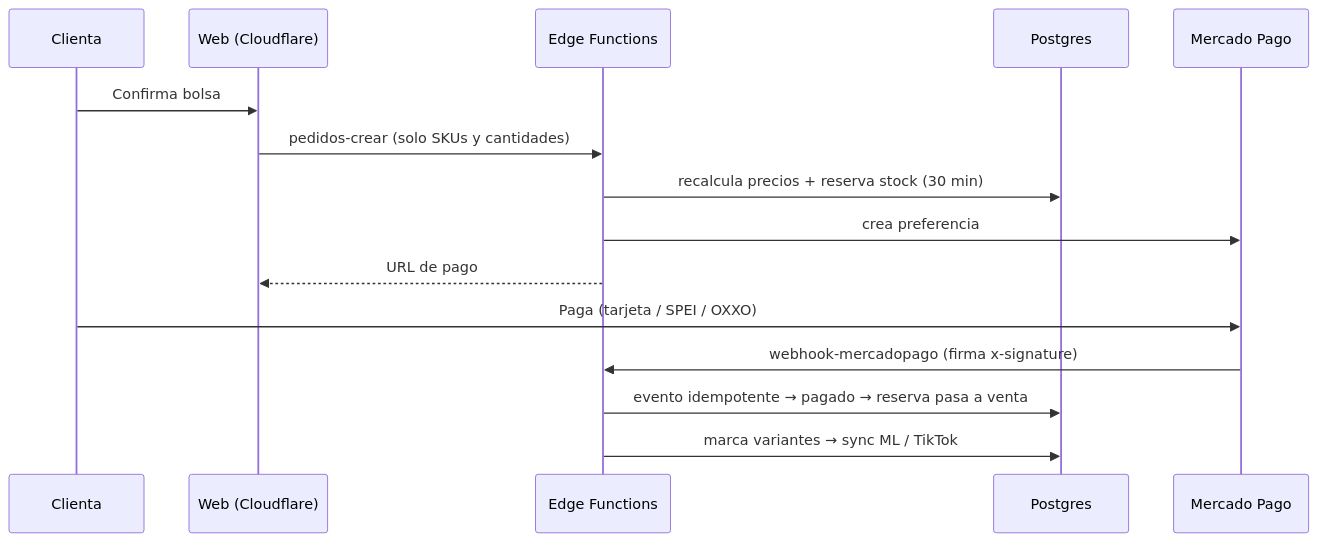
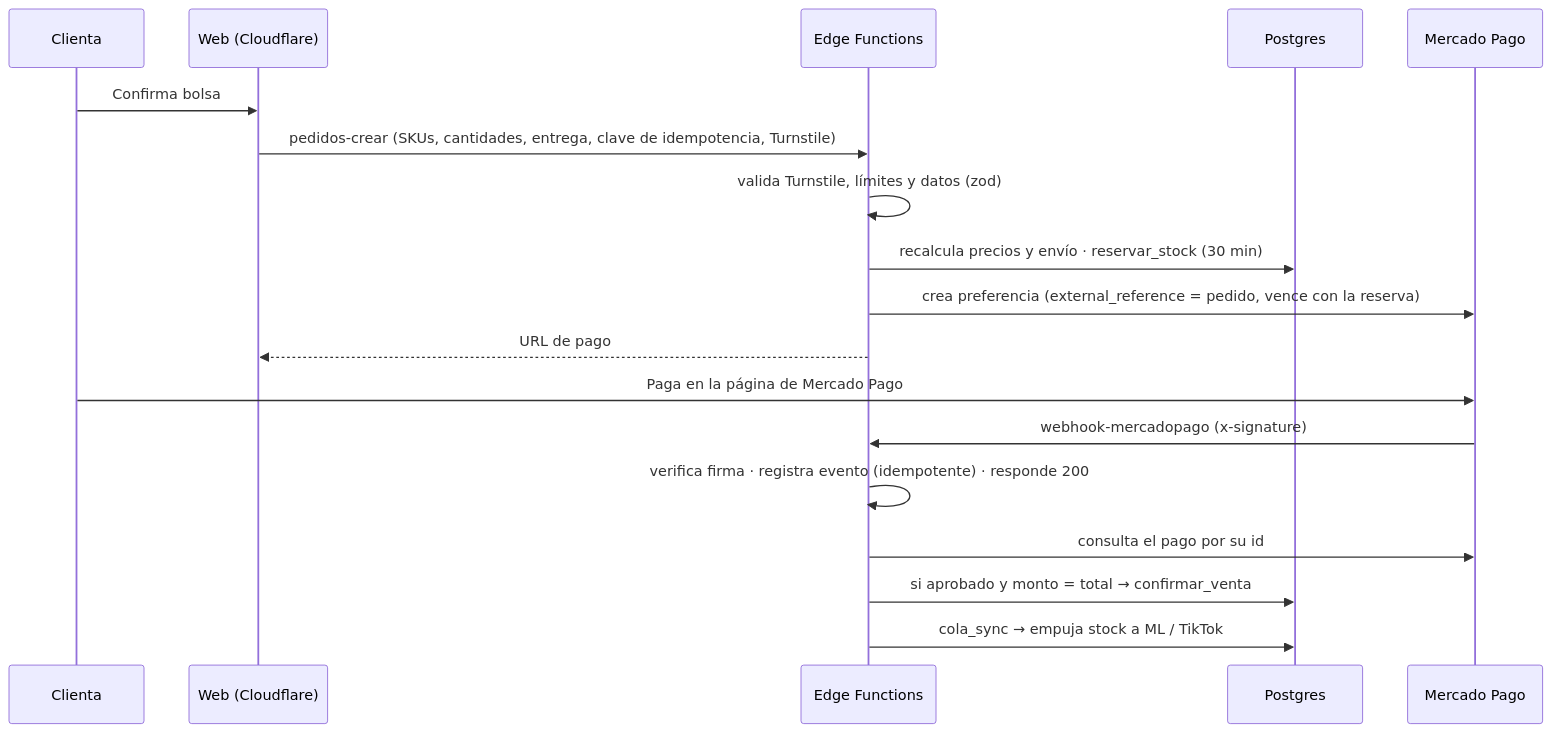
Before and after one commit to hummingxbi-source/Pupilentes-AGO: the second of 2 diagrams in docs/ARQUITECTURA.md, drawn with Mermaid. The commit also changed other lines of this file, not shown here.

````diff
--- a/docs/ARQUITECTURA.md
+++ b/docs/ARQUITECTURA.md
@@ -203,17 +268,20 @@
 ```mermaid
 sequenceDiagram
   participant C as Clienta
   participant W as Web (Cloudflare)
   participant EF as Edge Functions
   participant DB as Postgres
   participant MP as Mercado Pago
   C->>W: Confirma bolsa
-  W->>EF: pedidos-crear (solo SKUs y cantidades)
-  EF->>DB: recalcula precios + reserva stock (30 min)
-  EF->>MP: crea preferencia
+  W->>EF: pedidos-crear (SKUs, cantidades, entrega, clave de idempotencia, Turnstile)
+  EF->>EF: valida Turnstile, límites y datos (zod)
+  EF->>DB: recalcula precios y envío · reservar_stock (30 min)
+  EF->>MP: crea preferencia (external_reference = pedido, vence con la reserva)
   EF-->>W: URL de pago
-  C->>MP: Paga (tarjeta / SPEI / OXXO)
-  MP->>EF: webhook-mercadopago (firma x-signature)
-  EF->>DB: evento idempotente → pagado → reserva pasa a venta
-  EF->>DB: marca variantes → sync ML / TikTok
+  C->>MP: Paga en la página de Mercado Pago
+  MP->>EF: webhook-mercadopago (x-signature)
+  EF->>EF: verifica firma · registra evento (idempotente) · responde 200
+  EF->>MP: consulta el pago por su id
+  EF->>DB: si aprobado y monto = total → confirmar_venta
+  EF->>DB: cola_sync → empuja stock a ML / TikTok
 ```
````
